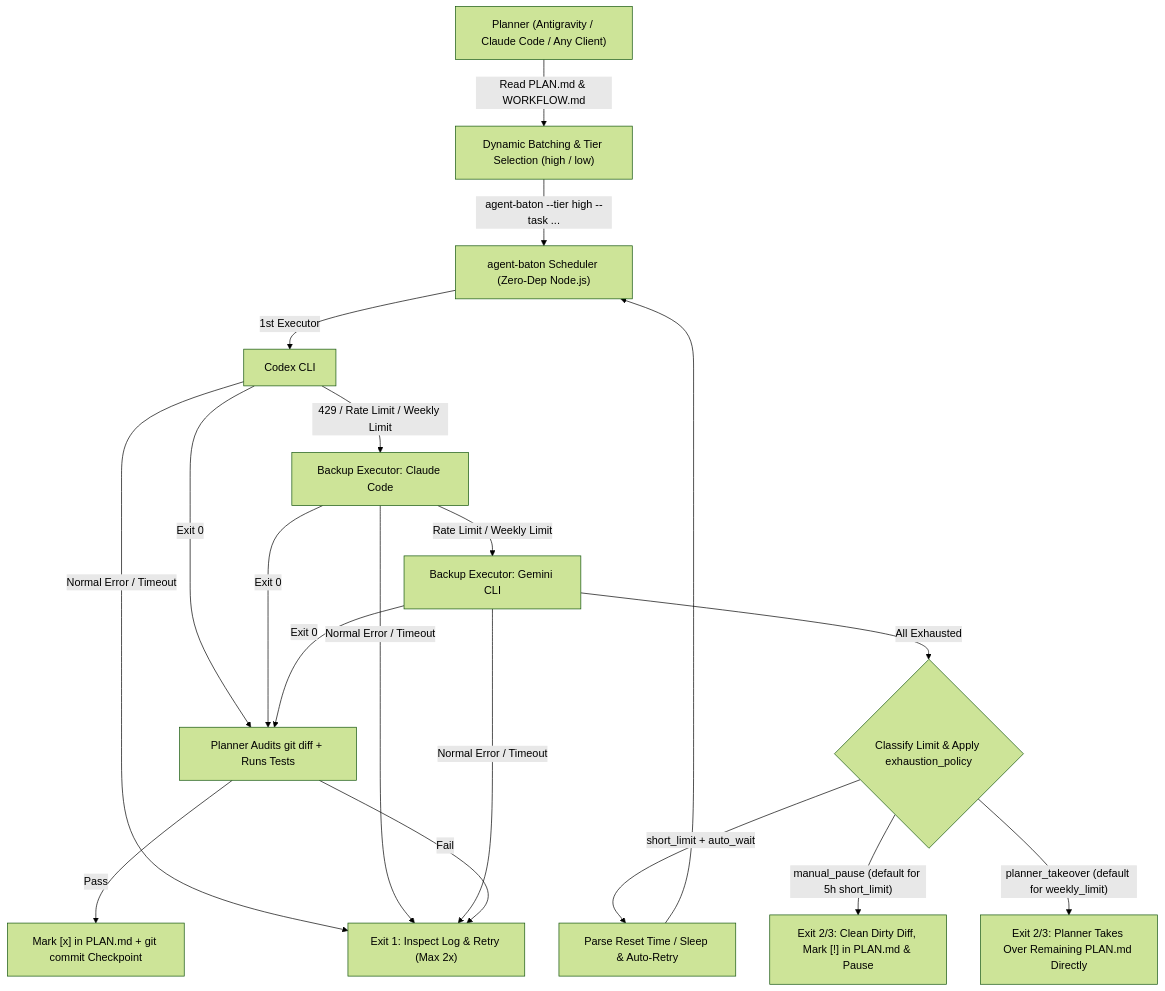
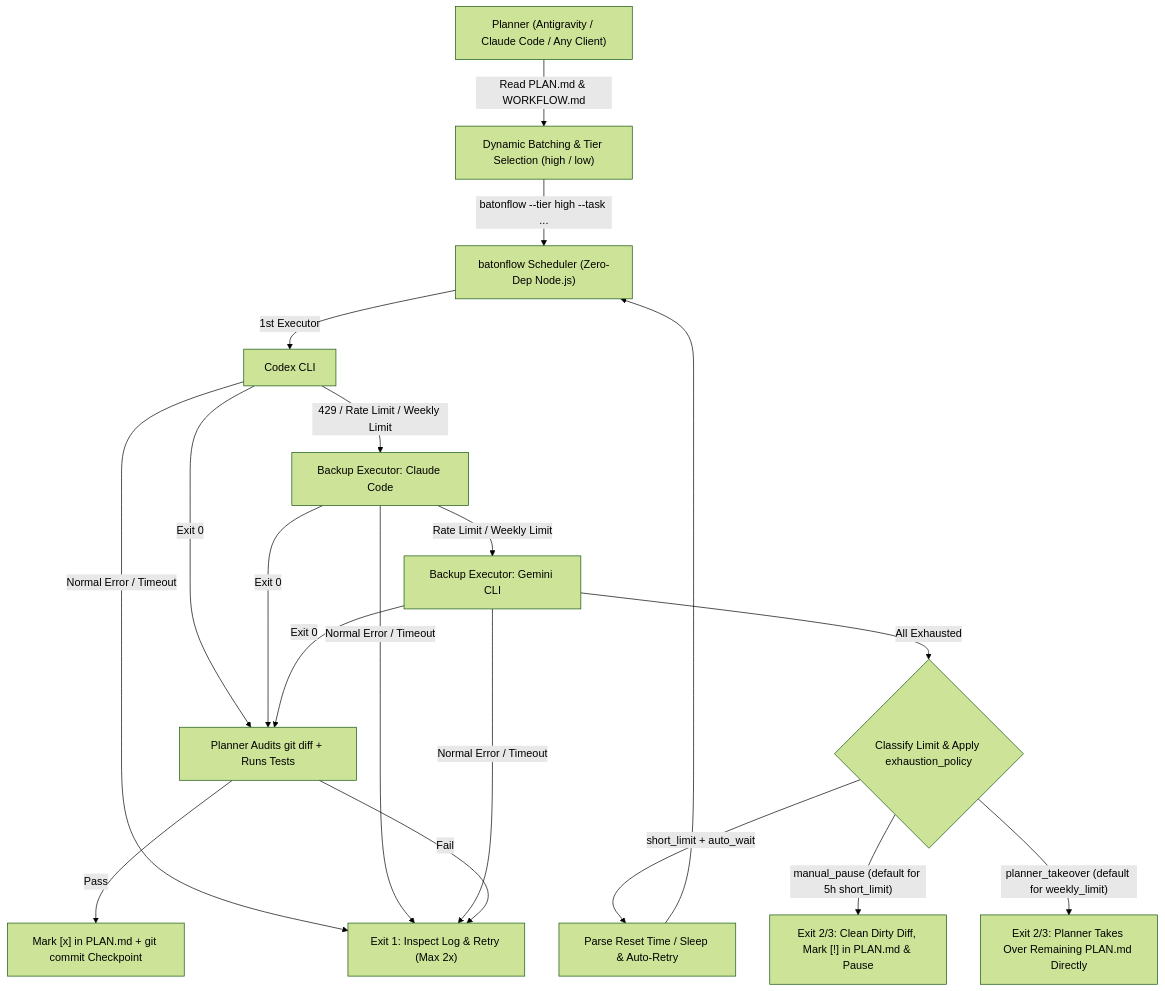
One commit to wenzhang1/agent-baton changed the diagram in README.md. Above: the diagram before and after it, drawn with Mermaid (forest theme). The commit also changed other lines of this file and 27 other files, not shown here.

````diff
--- a/README.md
+++ b/README.md
@@ -23,19 +23,19 @@
 ```mermaid
 flowchart TD
     P["Planner (Antigravity / Claude Code / Any Client)"] -->|"Read PLAN.md & WORKFLOW.md"| B["Dynamic Batching & Tier Selection (high / low)"]
-    B -->|"agent-baton --tier high --task ..."| C["agent-baton Scheduler (Zero-Dep Node.js)"]
+    B -->|"batonflow --tier high --task ..."| C["batonflow Scheduler (Zero-Dep Node.js)"]
     C -->|"1st Executor"| E1["Codex CLI"]
     E1 -->|"Exit 0"| V["Planner Audits git diff + Runs Tests"]
     E1 -->|"429 / Rate Limit / Weekly Limit"| E2["Backup Executor: Claude Code"]
     E2 -->|"Exit 0"| V
     E2 -->|"Rate Limit / Weekly Limit"| E3["Backup Executor: Gemini CLI"]
     E3 -->|"Exit 0"| V
     E1 & E2 & E3 -->|"Normal Error / Timeout"| ERR["Exit 1: Inspect Log & Retry (Max 2x)"]
     E3 -->|"All Exhausted"| POL{"Classify Limit & Apply exhaustion_policy"}
     POL -->|"short_limit + auto_wait"| WAIT["Parse Reset Time / Sleep & Auto-Retry"]
     WAIT --> C
     POL -->|"manual_pause (default for 5h short_limit)"| PAUSE["Exit 2/3: Clean Dirty Diff, Mark [!] in PLAN.md & Pause"]
     POL -->|"planner_takeover (default for weekly_limit)"| TAKE["Exit 2/3: Planner Takes Over Remaining PLAN.md Directly"]
     V -->|"Pass"| GIT["Mark [x] in PLAN.md + git commit Checkpoint"]
     V -->|"Fail"| ERR
 ```
````
